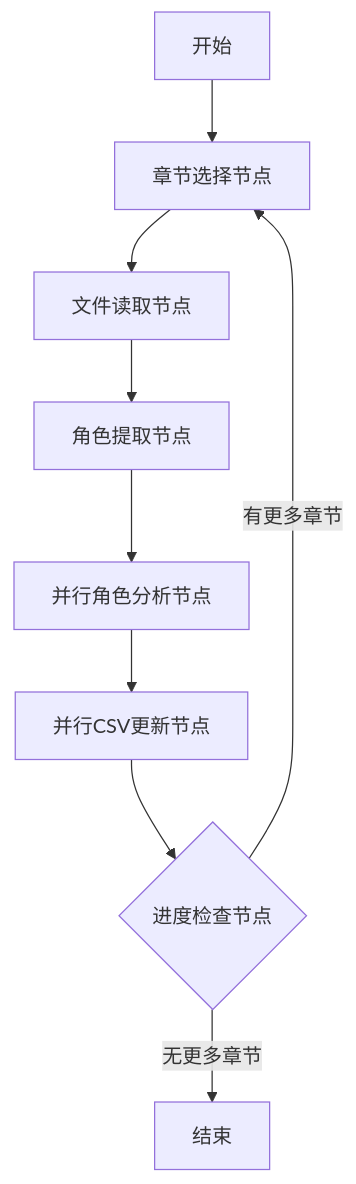
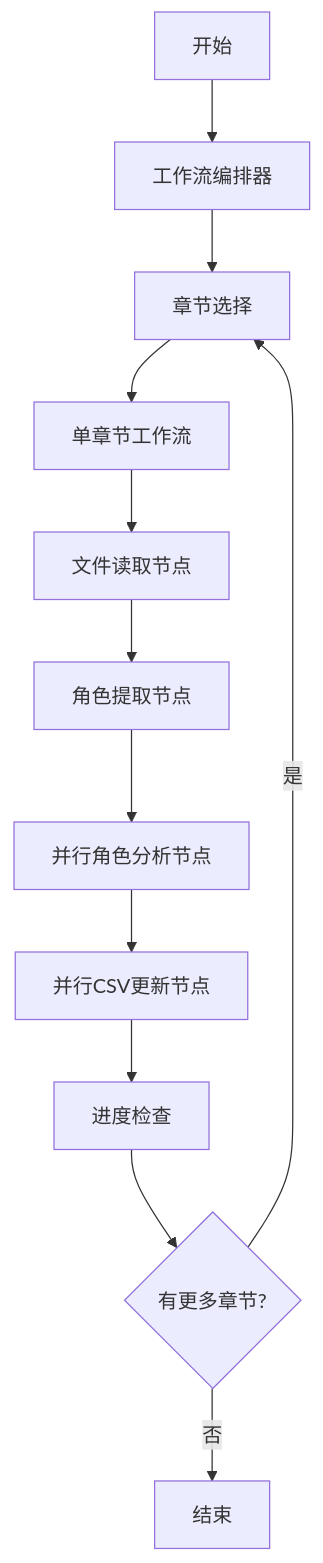
One commit to xueanxi/sharebook changed the first of 9 diagrams in docs/角色提取设计.md. Above: the diagram before and after it, drawn with Mermaid. The commit also changed other lines of this file, not shown here.

````diff
--- a/docs/角色提取设计.md
+++ b/docs/角色提取设计.md
@@ -9,11 +9,14 @@
 ```mermaid
 graph TB
-    A[开始] --> B[章节选择节点]
-    B --> C[文件读取节点]
-    C --> D[角色提取节点]
-    D --> E[并行角色分析节点]
-    E --> F[并行CSV更新节点]
-    F --> G{进度检查节点}
-    G -->|有更多章节| B
-    G -->|无更多章节| H[结束]
+    A[开始] --> B[工作流编排器]
+    B --> C[章节选择]
+    C --> D[单章节工作流]
+    D --> E[文件读取节点]
+    E --> F[角色提取节点]
+    F --> G[并行角色分析节点]
+    G --> H[并行CSV更新节点]
+    H --> I[进度检查]
+    I --> J{有更多章节?}
+    J -->|是| C
+    J -->|否| K[结束]
 ```
````
